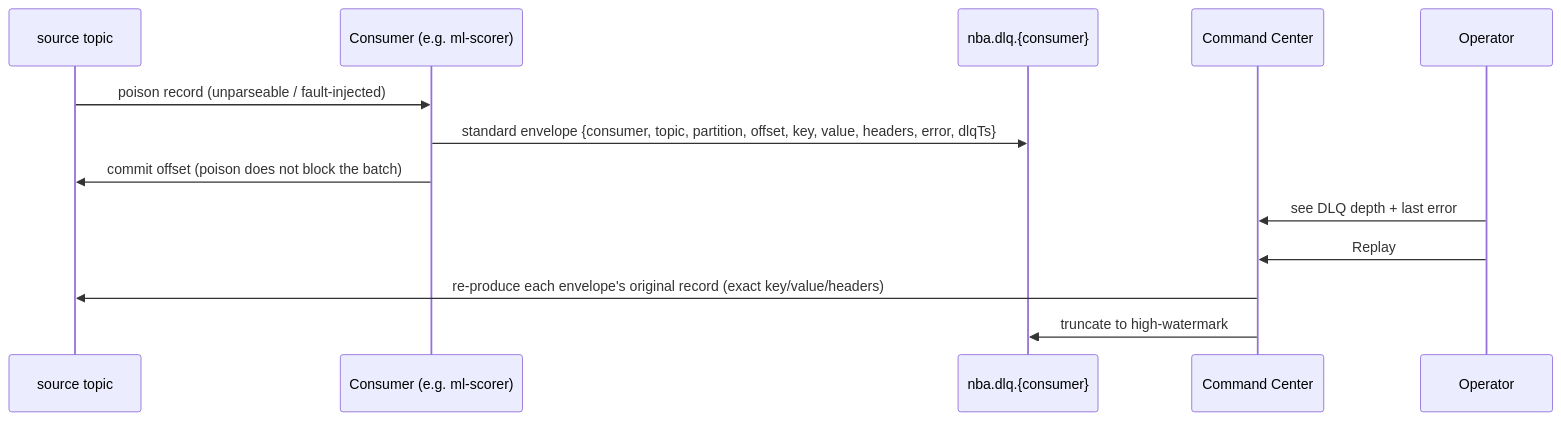
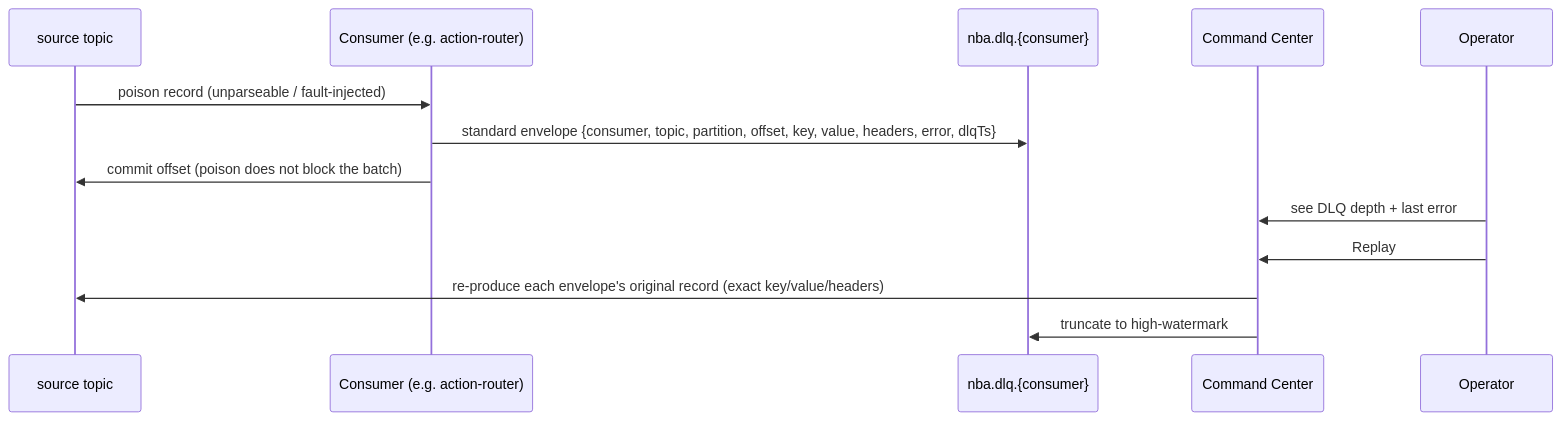
One commit to joshuadmatthews/nba-poc changed the ninth of 9 diagrams in nba/docs/02-process-flows.md. Above: the diagram before and after it, drawn with Mermaid. The commit also changed other lines of this file and 14 other files, not shown here.

````diff
--- a/nba/docs/02-process-flows.md
+++ b/nba/docs/02-process-flows.md
@@ -241,16 +242,16 @@
 ```mermaid
 sequenceDiagram
     participant SRC as source topic
-    participant C as Consumer (e.g. ml-scorer)
+    participant C as Consumer (e.g. action-router)
     participant DLQ as nba.dlq.{consumer}
     participant CC as Command Center
     participant OP as Operator
 
     SRC->>C: poison record (unparseable / fault-injected)
     C->>DLQ: standard envelope {consumer, topic, partition, offset, key, value, headers, error, dlqTs}
     C->>SRC: commit offset (poison does not block the batch)
     OP->>CC: see DLQ depth + last error
     OP->>CC: Replay
     CC->>SRC: re-produce each envelope's original record (exact key/value/headers)
     CC->>DLQ: truncate to high-watermark
 ```
````
